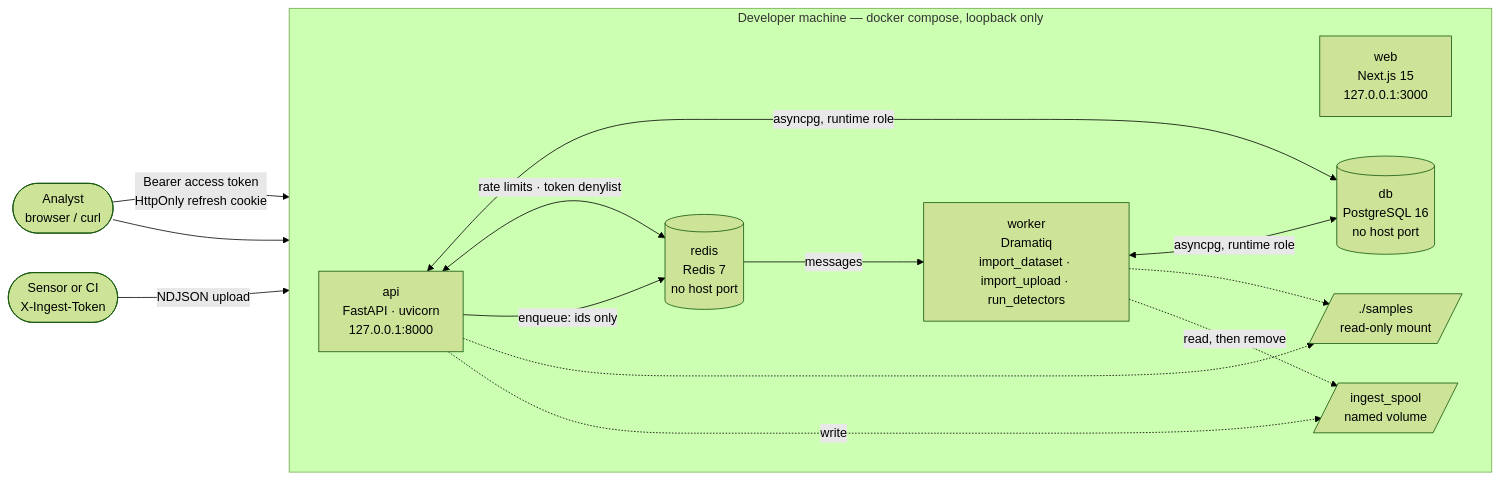
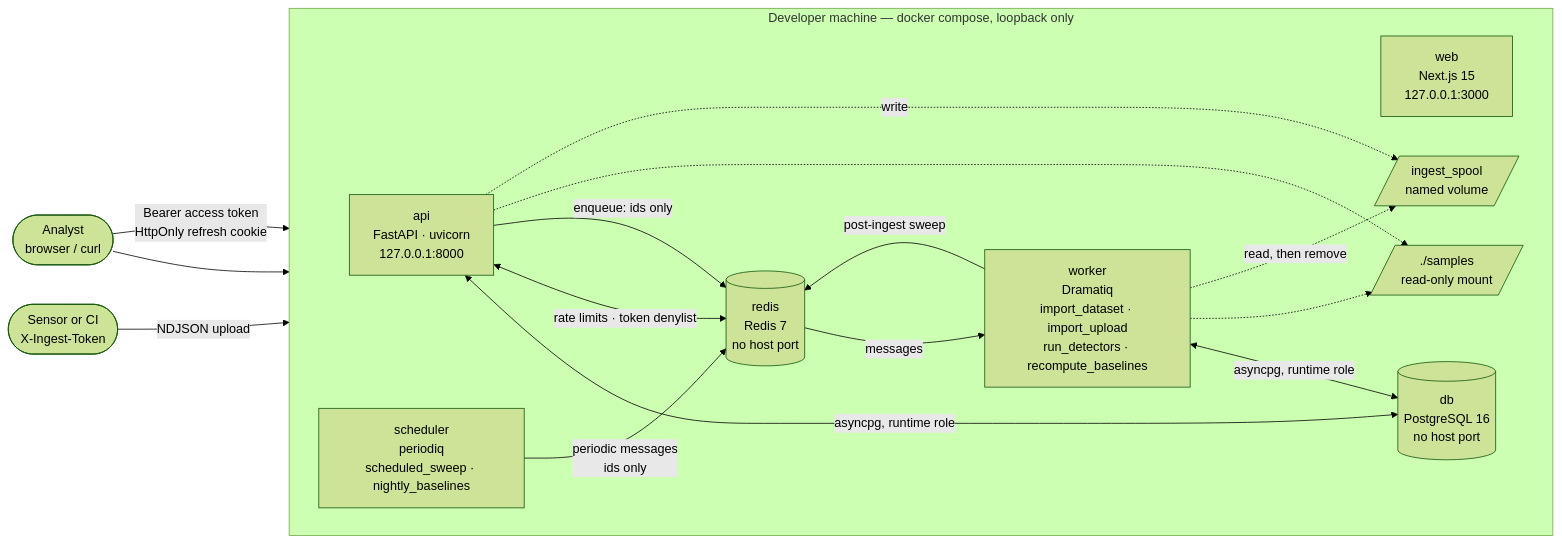
One commit to pchrysostomou/aegisnet changed the first of 4 diagrams in README.md. Above: the diagram before and after it, drawn with Mermaid (forest theme). The commit also changed other lines of this file and 42 other files, not shown here.

````diff
--- a/README.md
+++ b/README.md
@@ -93,27 +97,30 @@
 ```mermaid
 flowchart LR
     analyst(["Analyst<br/>browser / curl"])
     sensor(["Sensor or CI<br/>X-Ingest-Token"])
     subgraph host["Developer machine — docker compose, loopback only"]
         direction LR
         web["web<br/>Next.js 15<br/>127.0.0.1:3000"]
         api["api<br/>FastAPI · uvicorn<br/>127.0.0.1:8000"]
-        worker["worker<br/>Dramatiq<br/>import_dataset · import_upload · run_detectors"]
+        worker["worker<br/>Dramatiq<br/>import_dataset · import_upload<br/>run_detectors · recompute_baselines"]
+        scheduler["scheduler<br/>periodiq<br/>scheduled_sweep · nightly_baselines"]
         db[("db<br/>PostgreSQL 16<br/>no host port")]
         redis[("redis<br/>Redis 7<br/>no host port")]
         samples[/"./samples<br/>read-only mount"/]
         spool[/"ingest_spool<br/>named volume"/]
     end
     analyst -->|"Bearer access token<br/>HttpOnly refresh cookie"| api
     analyst --> web
     sensor -->|"NDJSON upload"| api
     api <-->|"asyncpg, runtime role"| db
     api <-->|"rate limits · token denylist"| redis
     api -->|"enqueue: ids only"| redis
     redis -->|"messages"| worker
+    scheduler -->|"periodic messages<br/>ids only"| redis
+    worker -->|"post-ingest sweep"| redis
     worker <-->|"asyncpg, runtime role"| db
     api -.-> samples
     worker -.-> samples
     api -.->|"write"| spool
     worker -.->|"read, then remove"| spool
 ```
````
